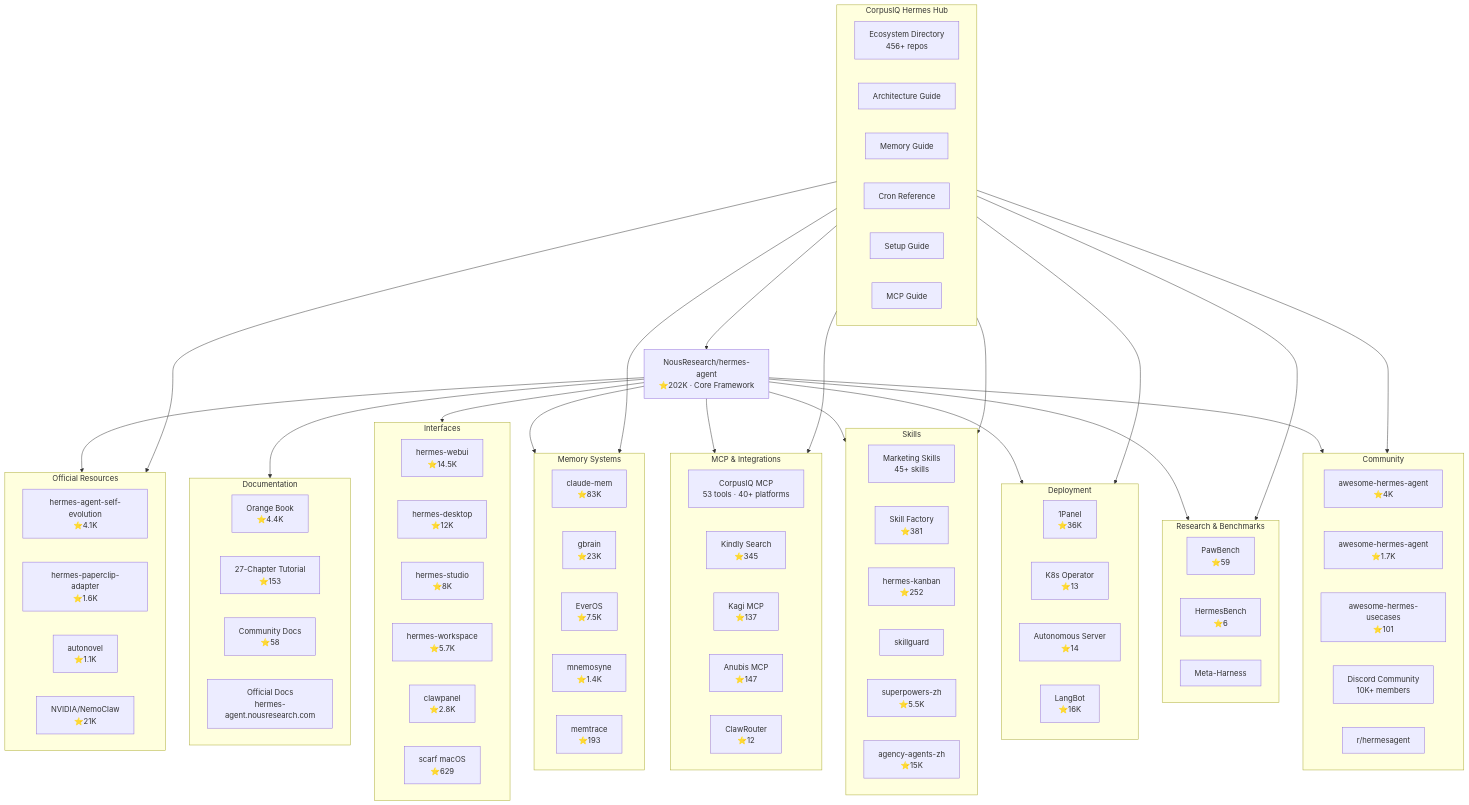
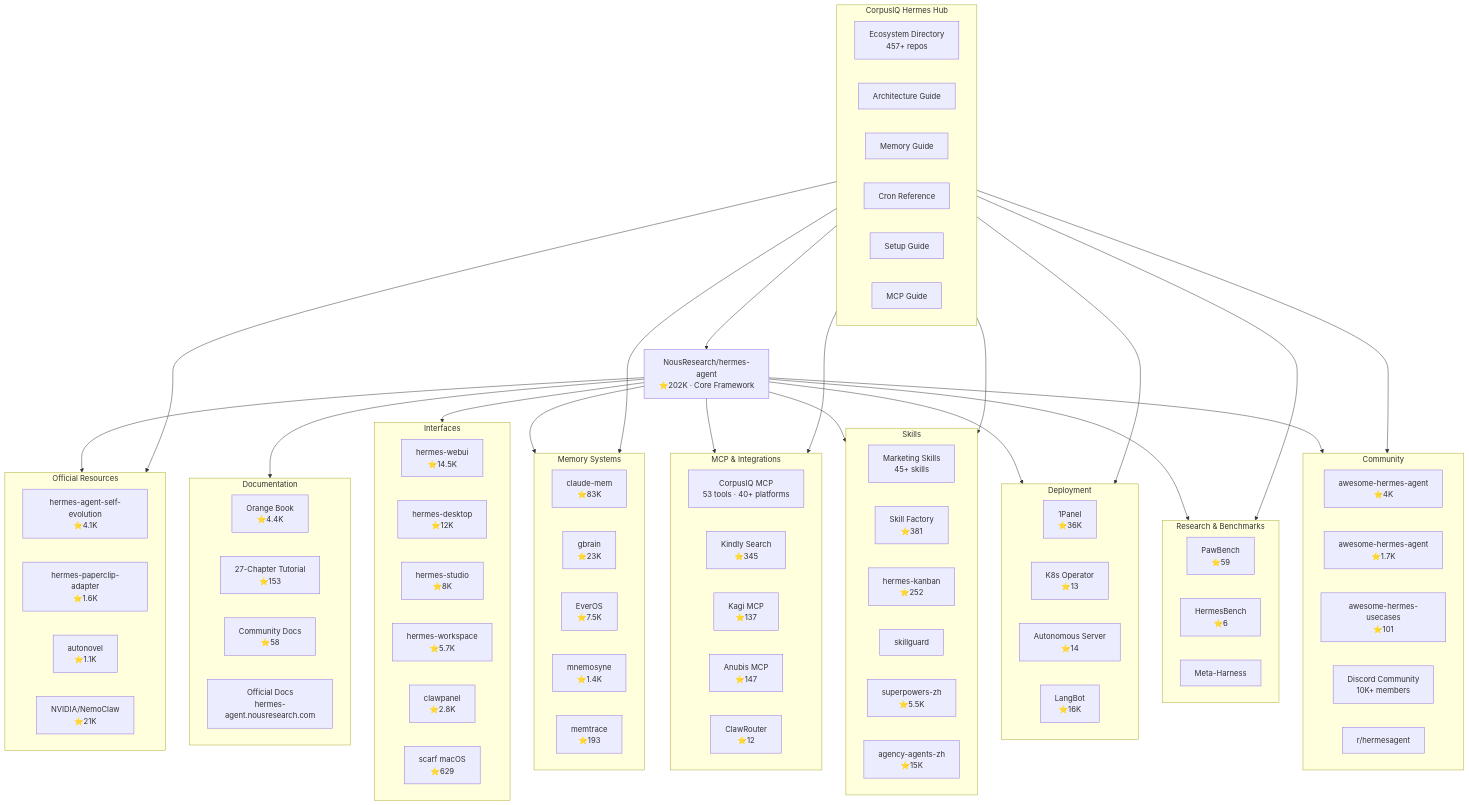
One commit to CorpusIQ/corpusiq-docs changed the first of 4 diagrams in hermes/ecosystem-map.md. Above: the diagram before and after it, drawn with Mermaid. The commit also changed other lines of this file and 36 other files, not shown here.

```diff
--- a/hermes/ecosystem-map.md
+++ b/hermes/ecosystem-map.md
@@ -88,7 +88,7 @@
     end
 
     subgraph CORPUSIQ_HUB[CorpusIQ Hermes Hub]
-        ECOSYSTEM[Ecosystem Directory<br/>456+ repos]
+        ECOSYSTEM[Ecosystem Directory<br/>457+ repos]
         ARCHITECTURE[Architecture Guide]
         KNOWLEDGE[Memory Guide]
         CRONS[Cron Reference]
```
